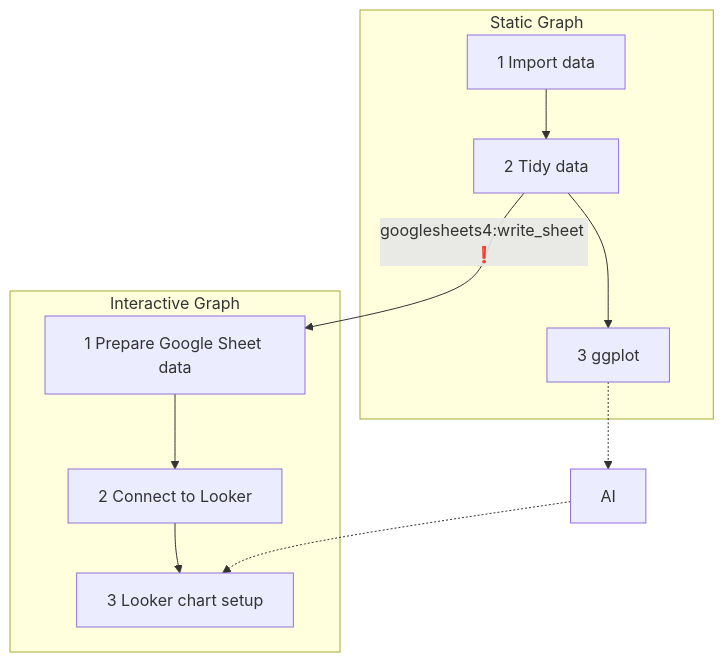
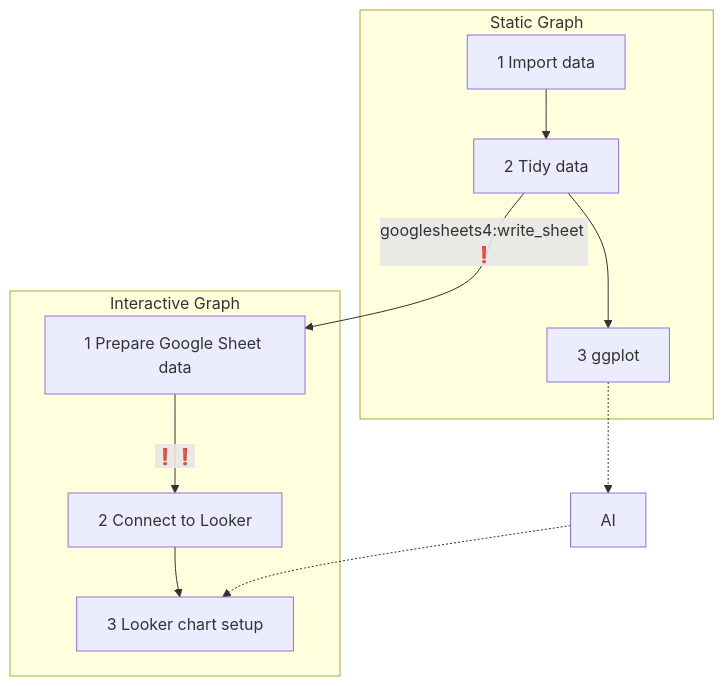
The diagram in Lecture-notes/04-looker.md (tpemartin/113-1-data-visualization), drawn with Mermaid before and after one commit. The commit also changed other lines of this file, not shown here.

````diff
--- a/Lecture-notes/04-looker.md
+++ b/Lecture-notes/04-looker.md
@@ -14,19 +14,19 @@
 ```mermaid
 flowchart TD
 
     subgraph Section1 [Static Graph]
         A[1 Import data] --> B[2 Tidy data]
         B --> C[3 ggplot]
     end
 
     subgraph Section2 [Interactive Graph]
         B -->|googlesheets4:write_sheet ❗ | D[1 Prepare Google Sheet data]
-        D --> E[2 Connect to Looker]
+        D -->|❗❗| E[2 Connect to Looker]
         E --> F[3 Looker chart setup]
     end
 
     C -.-> G[AI]
     G -.-> F
 
 
 ```
````
